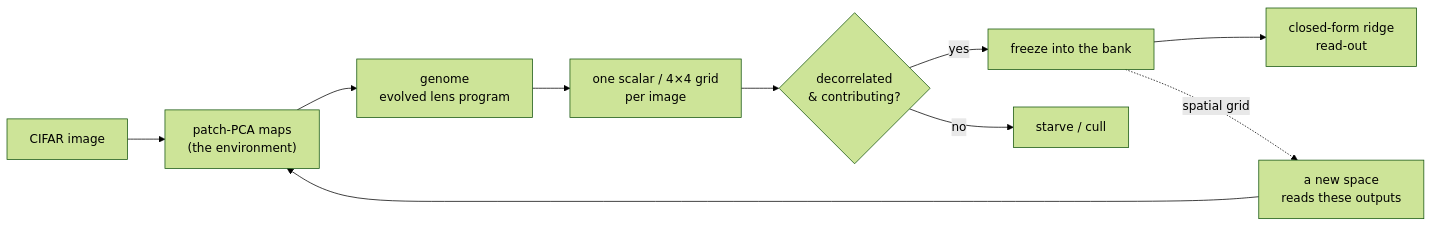
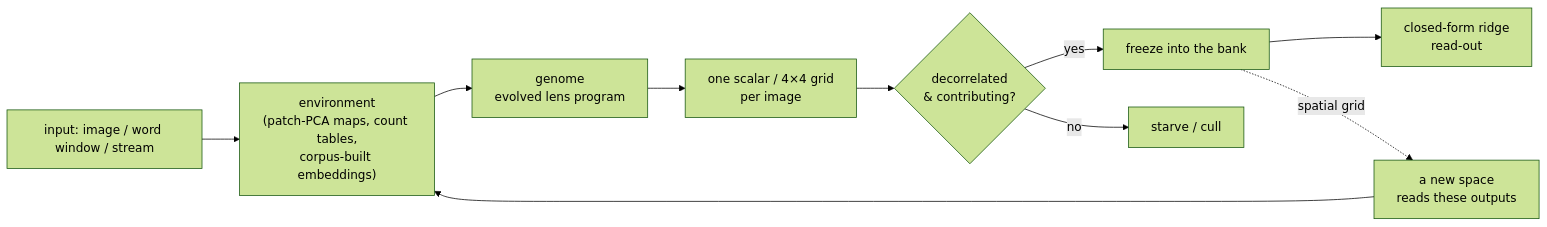
One commit to A1CST/GENREG-Builder changed the first of 2 diagrams in README.md. Above: the diagram before and after it, drawn with Mermaid (forest theme). The commit also changed other lines of this file and 1 other file, not shown here.

First line of the commit message:
README: concept front and center - radial spaces + genomes lead, CIFAR to Results

````diff
--- a/README.md
+++ b/README.md
@@ -28,12 +42,12 @@
 ```mermaid
 flowchart LR
-  IMG["CIFAR image"] --> ENV["patch-PCA maps<br/>(the environment)"]
+  IMG["input: image / word window / stream"] --> ENV["environment<br/>(patch-PCA maps, count tables,<br/>corpus-built embeddings)"]
   ENV --> G["genome<br/>evolved lens program"]
   G --> F["one scalar / 4×4 grid<br/>per image"]
   F --> FR{"decorrelated<br/>& contributing?"}
   FR -- yes --> FROZEN["freeze into the bank"]
   FR -- no --> CULL["starve / cull"]
   FROZEN --> RIDGE["closed-form ridge<br/>read-out"]
   FROZEN -.->|spatial grid| STACK["a new space<br/>reads these outputs"]
   STACK --> ENV
 ```
````
